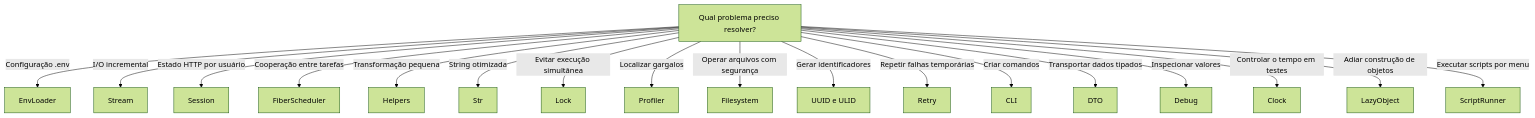
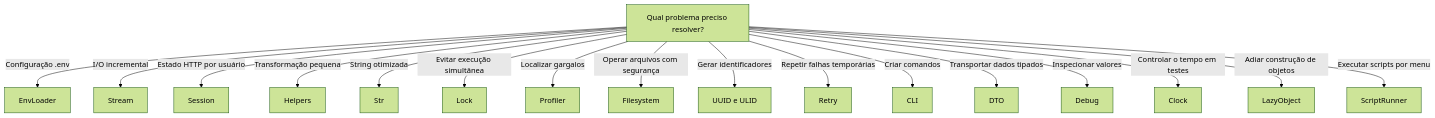
Before and after one commit to omegaalfa/Utils: the diagram in README.md, drawn with Mermaid (forest theme). The commit also changed other lines of this file and 6 other files, not shown here.

````diff
--- a/README.md
+++ b/README.md
@@ -63,21 +62,20 @@
 ```mermaid
 flowchart TD
     A[Qual problema preciso resolver?]
     A -->|Configuração .env| B[EnvLoader]
     A -->|I/O incremental| C[Stream]
     A -->|Estado HTTP por usuário| D[Session]
-    A -->|Cooperação entre tarefas| E[FiberScheduler]
     A -->|Transformação pequena| F[Helpers]
     A -->|String otimizada| G[Str]
     A -->|Evitar execução simultânea| H[Lock]
     A -->|Localizar gargalos| I[Profiler]
     A -->|Operar arquivos com segurança| J[Filesystem]
     A -->|Gerar identificadores| K[UUID e ULID]
     A -->|Repetir falhas temporárias| L[Retry]
     A -->|Criar comandos| M[CLI]
     A -->|Transportar dados tipados| N[DTO]
     A -->|Inspecionar valores| O[Debug]
     A -->|Controlar o tempo em testes| P[Clock]
     A -->|Adiar construção de objetos| Q[LazyObject]
     A -->|Executar scripts por menu| R[ScriptRunner]
 ```
````
